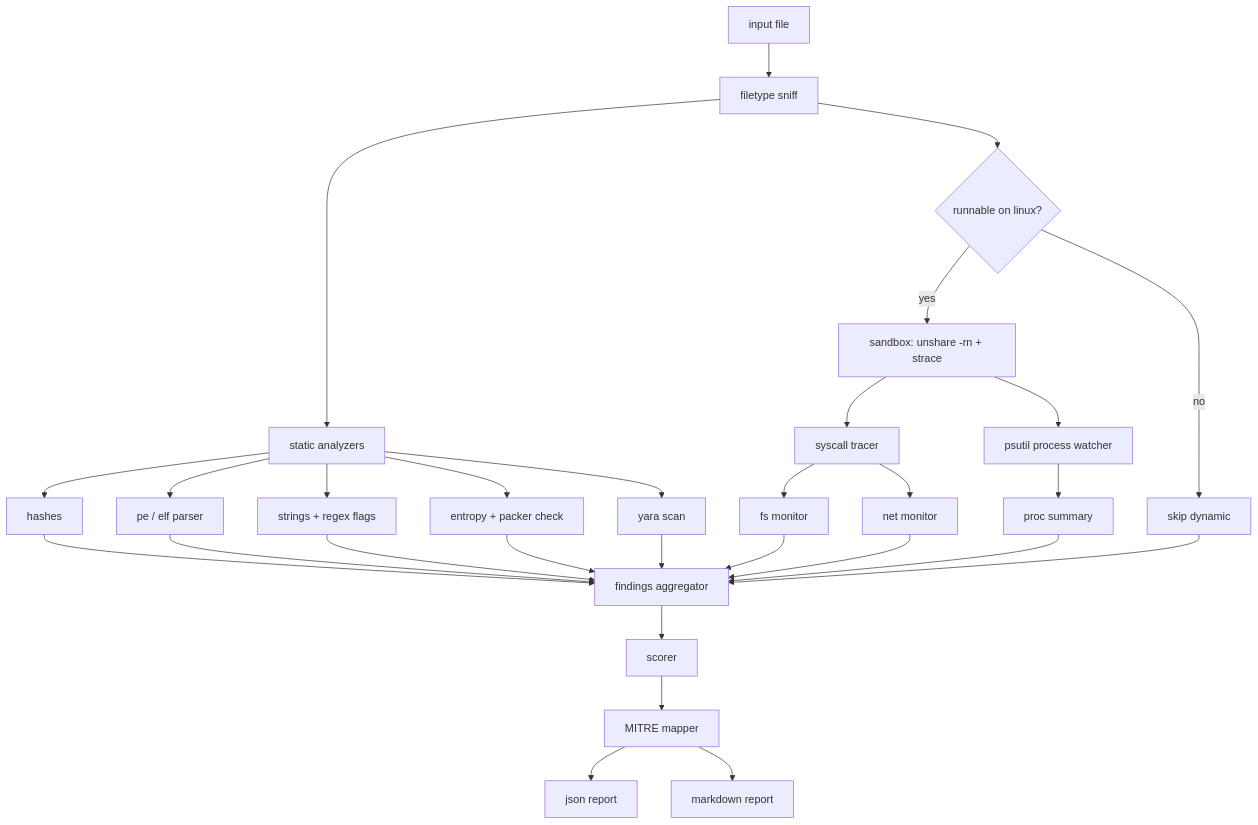
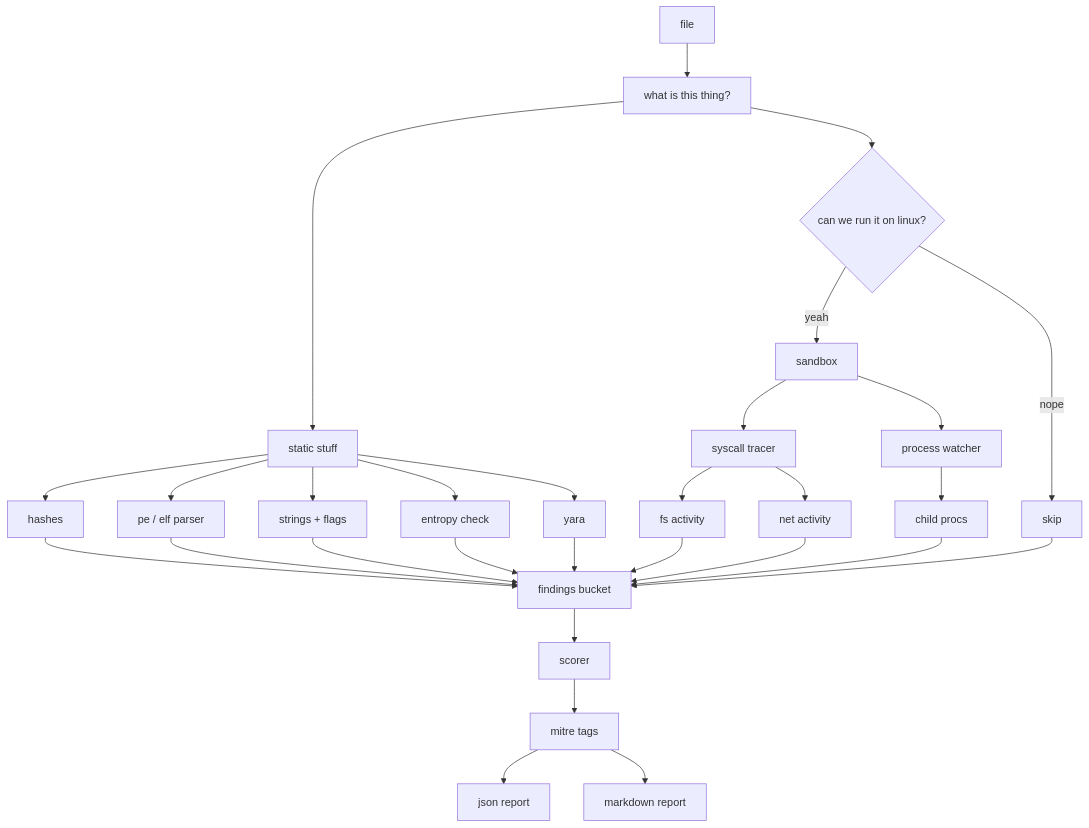
One commit to chasejstone/Crucible changed the diagram in README.md. Above: the diagram before and after it, drawn with Mermaid. The commit also changed other lines of this file and 3 other files, not shown here.

````diff
--- a/README.md
+++ b/README.md
@@ -58,31 +39,31 @@
 ```mermaid
 flowchart TD
-    A[input file] --> B[filetype sniff]
-    B --> C[static analyzers]
-    B --> D{runnable on linux?}
+    A[file] --> B[what is this thing?]
+    B --> C[static stuff]
+    B --> D{can we run it on linux?}
     C --> C1[hashes]
     C --> C2[pe / elf parser]
-    C --> C3[strings + regex flags]
-    C --> C4[entropy + packer check]
-    C --> C5[yara scan]
-    D -- yes --> E[sandbox: unshare -rn + strace]
-    D -- no --> F[skip dynamic]
+    C --> C3[strings + flags]
+    C --> C4[entropy check]
+    C --> C5[yara]
+    D -- yeah --> E[sandbox]
+    D -- nope --> F[skip]
     E --> E1[syscall tracer]
-    E --> E2[psutil process watcher]
-    E1 --> G1[fs monitor]
-    E1 --> G2[net monitor]
-    E2 --> G3[proc summary]
-    C1 --> H[findings aggregator]
+    E --> E2[process watcher]
+    E1 --> G1[fs activity]
+    E1 --> G2[net activity]
+    E2 --> G3[child procs]
+    C1 --> H[findings bucket]
     C2 --> H
     C3 --> H
     C4 --> H
     C5 --> H
     G1 --> H
     G2 --> H
     G3 --> H
     F --> H
     H --> I[scorer]
-    I --> J[MITRE mapper]
+    I --> J[mitre tags]
     J --> K[json report]
     J --> L[markdown report]
 ```
````
